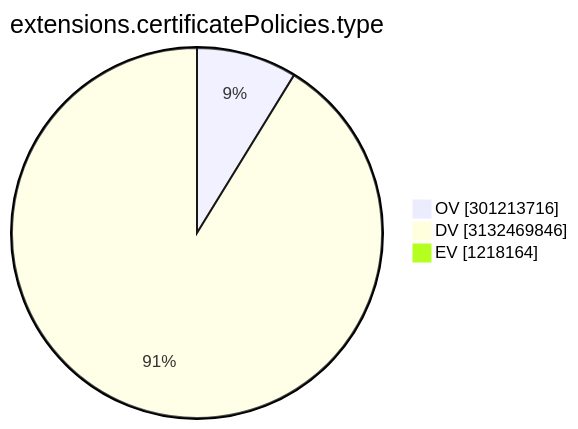
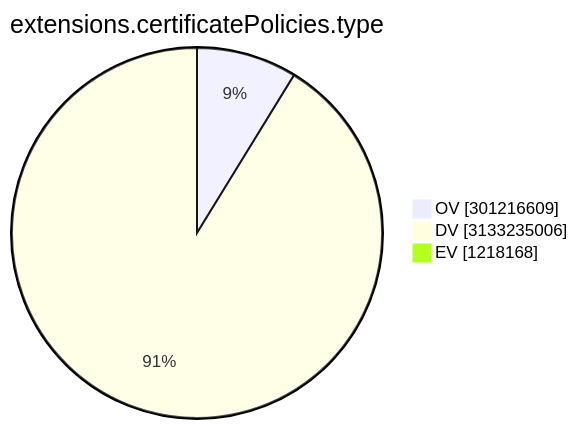
The ninth of 15 diagrams in TOTAL/README.md (christiankrug/ctmonitor_visualization), drawn with Mermaid before and after one commit. The commit also changed other lines of this file, not shown here.

````diff
--- a/TOTAL/README.md
+++ b/TOTAL/README.md
@@ -3105,7 +3105,7 @@
 ```mermaid
 pie showData
 title extensions.certificatePolicies.type
-"OV" :301213716
-"DV" :3132469846
-"EV" :1218164
+"OV" :301216609
+"DV" :3133235006
+"EV" :1218168
 ```
````
